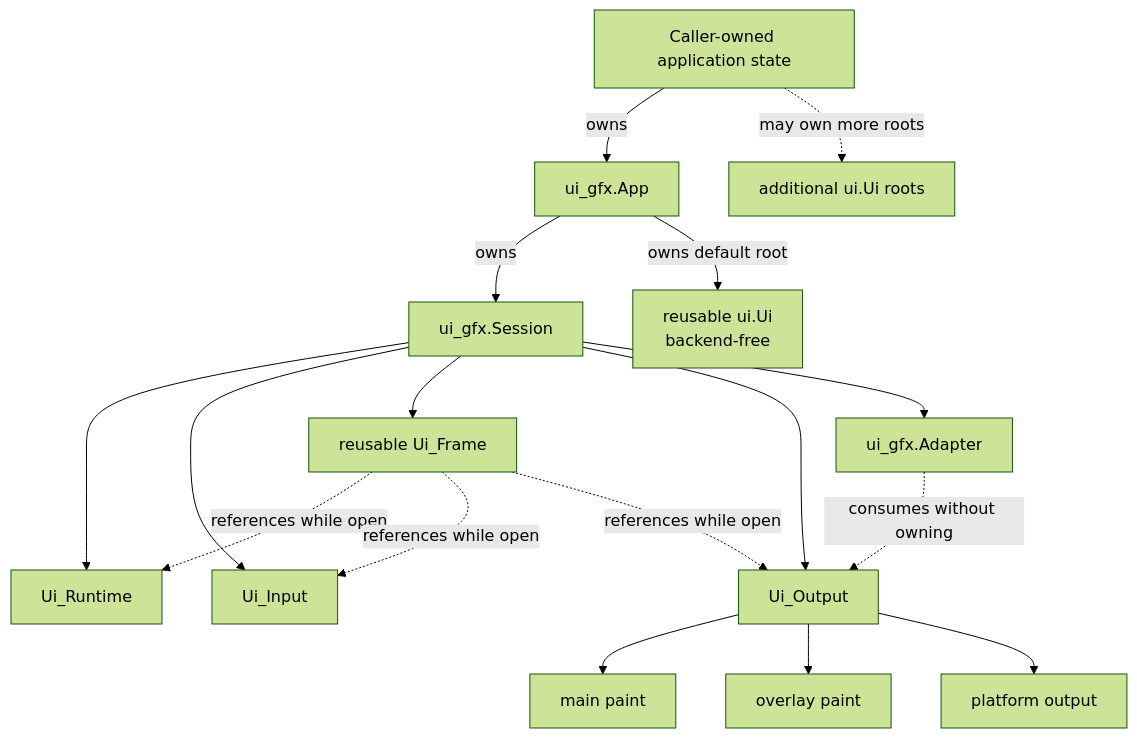
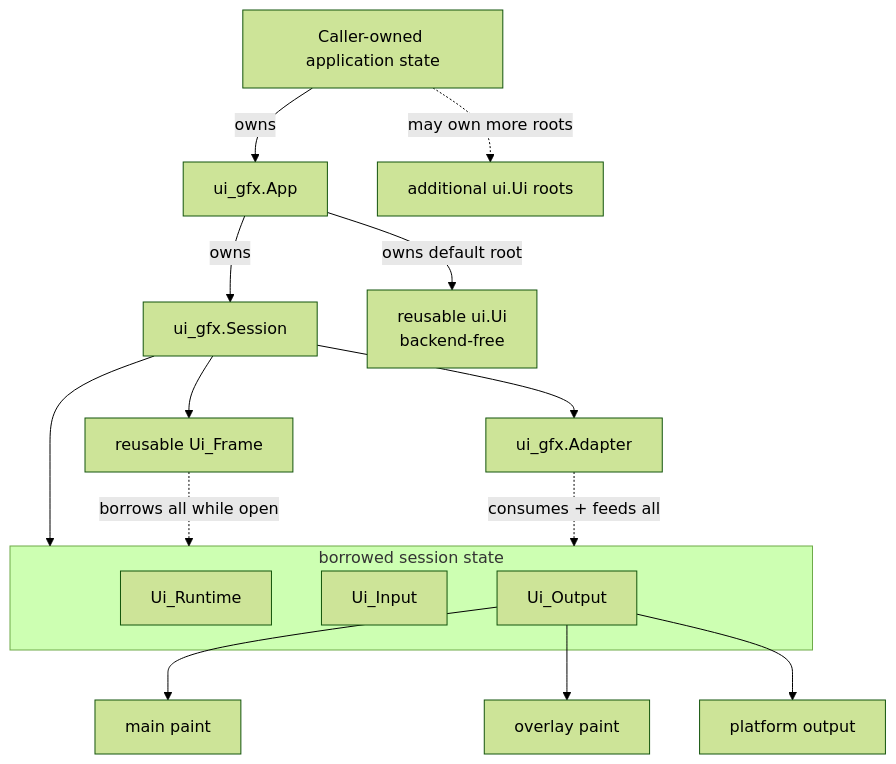
Before and after one commit to nic-vdwalt/ingot: the first of 2 diagrams in docs/api-layers.md, drawn with Mermaid (forest theme). The commit also changed other lines of this file and 3 other files, not shown here.

````diff
--- a/docs/api-layers.md
+++ b/docs/api-layers.md
@@ -22,19 +22,20 @@
 ```mermaid
 flowchart TB
     CALLER[Caller-owned application state] -->|owns| APP[ui_gfx.App]
     APP -->|owns| SESSION[ui_gfx.Session]
     APP -->|owns default root| FORM[reusable ui.Ui\nbackend-free]
     CALLER -.->|may own more roots| FORM2[additional ui.Ui roots]
-    SESSION --> RUNTIME[Ui_Runtime]
-    SESSION --> INPUT[Ui_Input]
     SESSION --> FRAME[reusable Ui_Frame]
-    SESSION --> OUTPUT[Ui_Output]
+    SESSION --> BORROWED
     SESSION --> ADAPTER[ui_gfx.Adapter]
+    subgraph BORROWED[borrowed session state]
+        RUNTIME[Ui_Runtime]
+        INPUT[Ui_Input]
+        OUTPUT[Ui_Output]
+    end
     OUTPUT --> MAIN[main paint]
     OUTPUT --> OVERLAY[overlay paint]
     OUTPUT --> PLATFORM[platform output]
-    FRAME -.->|references while open| RUNTIME
-    FRAME -.->|references while open| INPUT
-    FRAME -.->|references while open| OUTPUT
-    ADAPTER -.->|consumes without owning| OUTPUT
+    FRAME -.->|borrows all while open| BORROWED
+    ADAPTER -.->|consumes + feeds all| BORROWED
 ```
````
